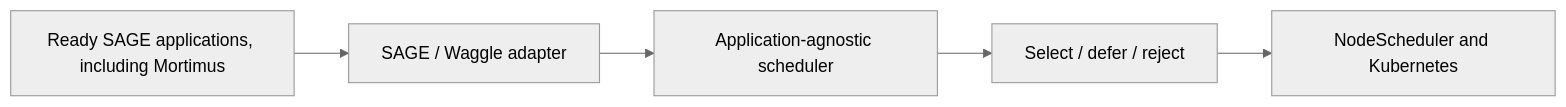
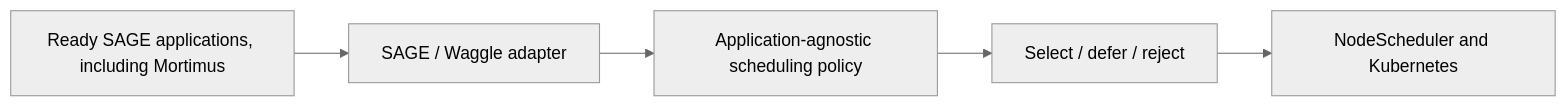
Before and after one commit to NunesClement/classroom-notes.md: the diagram in project.md, drawn with Mermaid (neutral theme). The commit also changed other lines of this file, not shown here.

Commit message:
docs: clarify urgent scheduling project

````diff
--- a/project.md
+++ b/project.md
@@ -66,7 +52,7 @@
 ```mermaid
 flowchart LR
     A["Ready SAGE applications, including Mortimus"] --> B["SAGE / Waggle adapter"]
-    B --> C["Application-agnostic scheduler"]
+    B --> C["Application-agnostic scheduling policy"]
     C --> D["Select / defer / reject"]
     D --> E["NodeScheduler and Kubernetes"]
 ```
````
